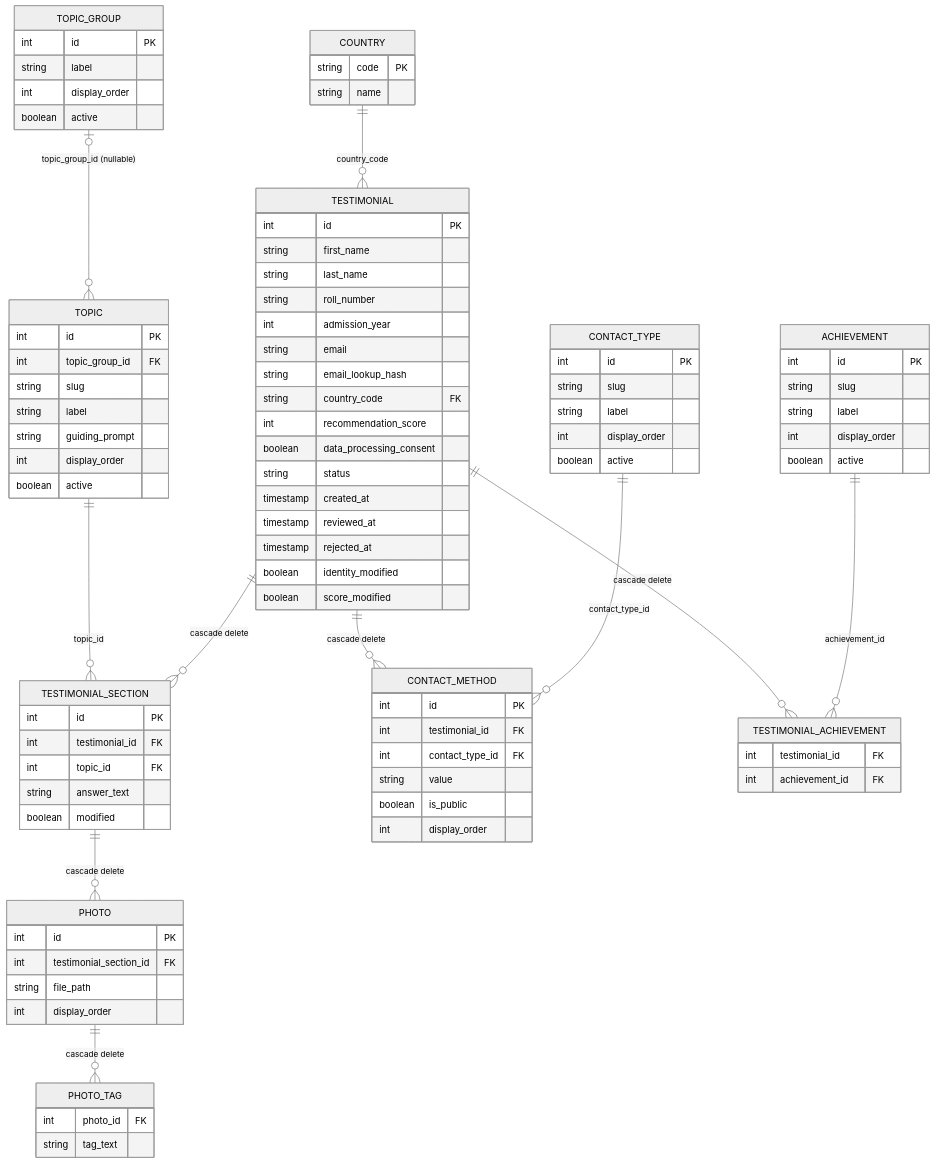
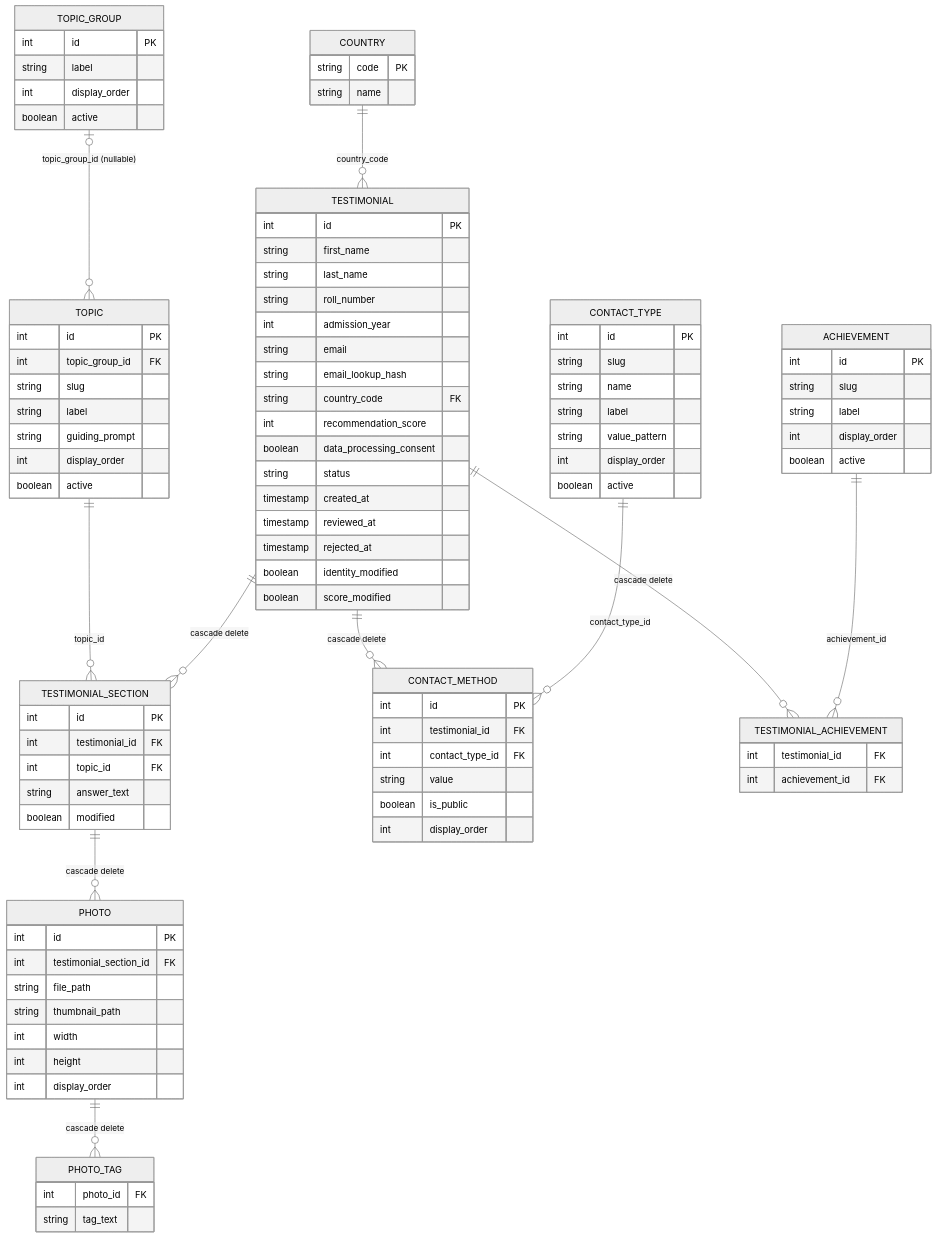
One commit to Ten-Do/IITM-BEACON changed the fourth of 4 diagrams in docs/architecture.md. Above: the diagram before and after it, drawn with Mermaid (neutral theme). The commit also changed other lines of this file and 249 other files, not shown here.

```diff
--- a/docs/architecture.md
+++ b/docs/architecture.md
@@ -206,7 +217,9 @@
     CONTACT_TYPE {
         int id PK
         string slug
+        string name
         string label
+        string value_pattern
         int display_order
         boolean active
     }
@@ -246,6 +259,9 @@
         int id PK
         int testimonial_section_id FK
         string file_path
+        string thumbnail_path
+        int width
+        int height
         int display_order
     }
     PHOTO_TAG {
```
